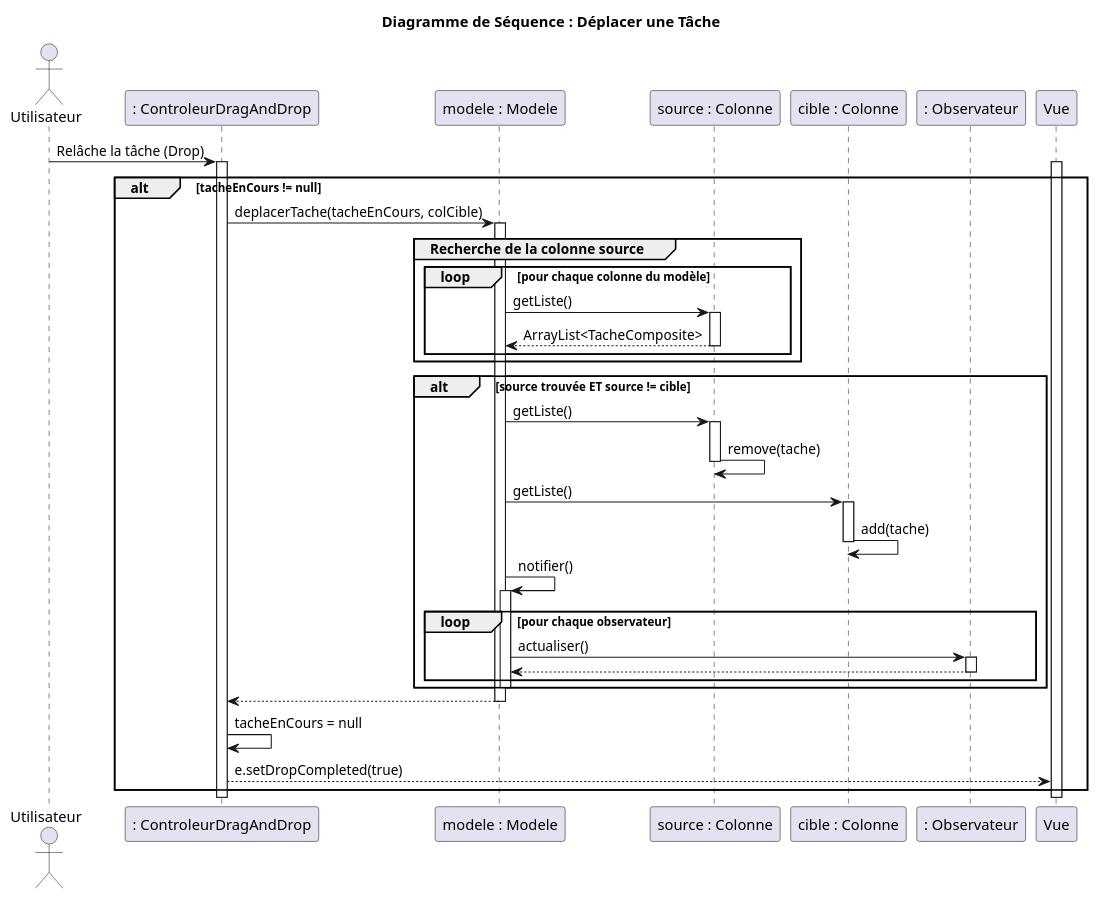
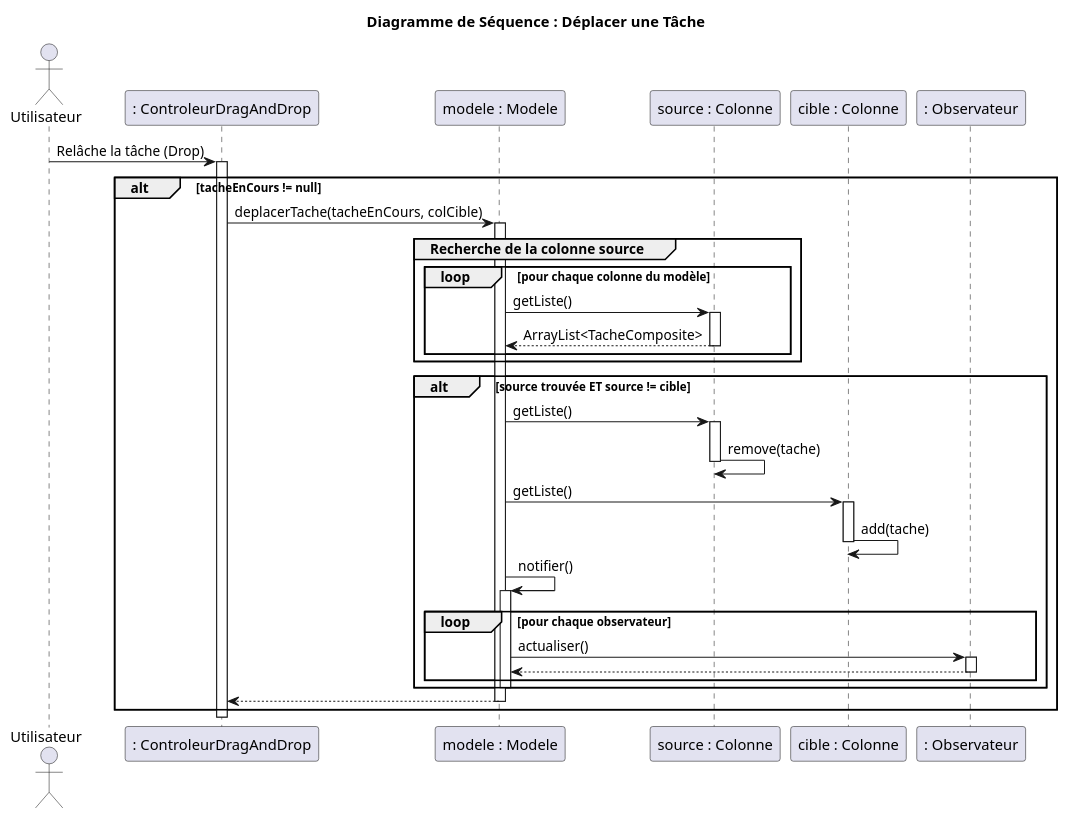
The diagram in Ollert_QDEV/diagrammes/iteration3/DiagrammeSeqDragAnDrop.puml (AlexanderCARNET/SAE_3_01_dev_application), drawn with PlantUML before and after one commit.

Commit message:
[Doc] Diagramme de Seq

```diff
--- a/Ollert_QDEV/diagrammes/iteration3/DiagrammeSeqDragAnDrop.puml
+++ b/Ollert_QDEV/diagrammes/iteration3/DiagrammeSeqDragAnDrop.puml
@@ -1,67 +1,63 @@
 @startuml
 
 title Diagramme de Séquence : Déplacer une Tâche
 
 actor Utilisateur
 participant ": ControleurDragAndDrop" as Ctrl
 participant "modele : Modele" as Modele
 participant "source : Colonne" as ColSource
 participant "cible : Colonne" as ColCible
 participant ": Observateur" as Obs
 
 
 Utilisateur -> Ctrl : Relâche la tâche (Drop)
-activate Vue
 
 activate Ctrl
 
 alt tacheEnCours != null
     Ctrl -> Modele : deplacerTache(tacheEnCours, colCible)
     activate Modele
 
     group Recherche de la colonne source
         loop pour chaque colonne du modèle
             Modele -> ColSource : getListe()
             activate ColSource
             ColSource --> Modele : ArrayList<TacheComposite>
             deactivate ColSource
         end
     end
 
     alt source trouvée ET source != cible
 
 
         Modele -> ColSource : getListe()
         activate ColSource
         ColSource -> ColSource : remove(tache)
         deactivate ColSource
 
         Modele -> ColCible : getListe()
         activate ColCible
         ColCible -> ColCible : add(tache)
         deactivate ColCible
 
         Modele -> Modele : notifier()
         activate Modele
 
         loop pour chaque observateur
             Modele -> Obs : actualiser()
             activate Obs
             Obs --> Modele
             deactivate Obs
         end
         deactivate Modele
 
     end
 
     Modele --> Ctrl
     deactivate Modele
 
-    Ctrl -> Ctrl : tacheEnCours = null
-    Ctrl --> Vue : e.setDropCompleted(true)
 end
 
 deactivate Ctrl
-deactivate Vue
 
 @enduml
```
